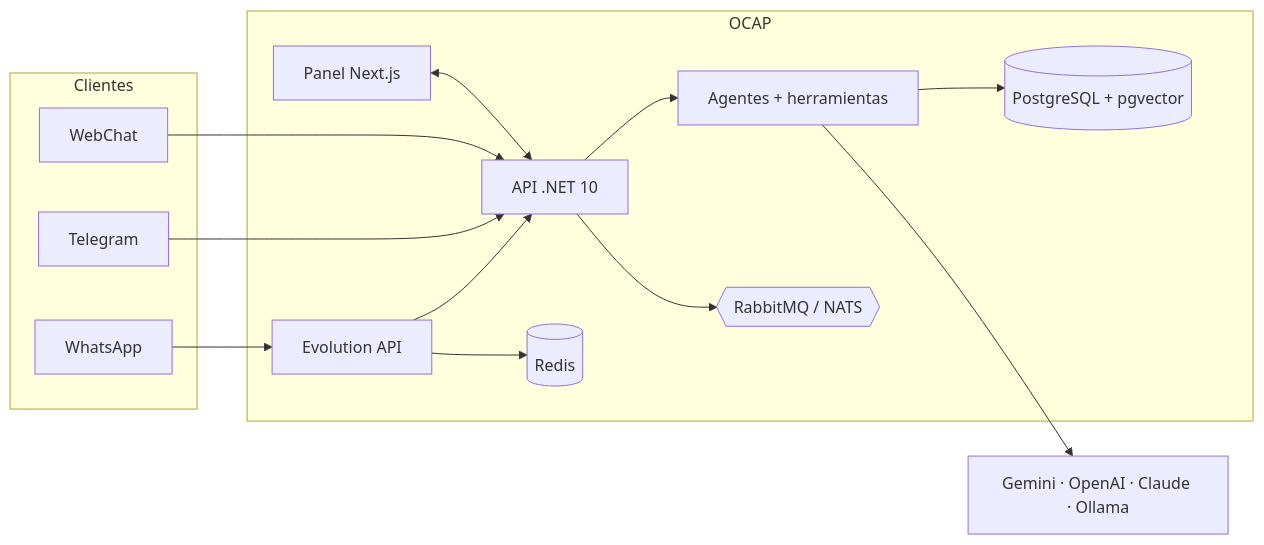
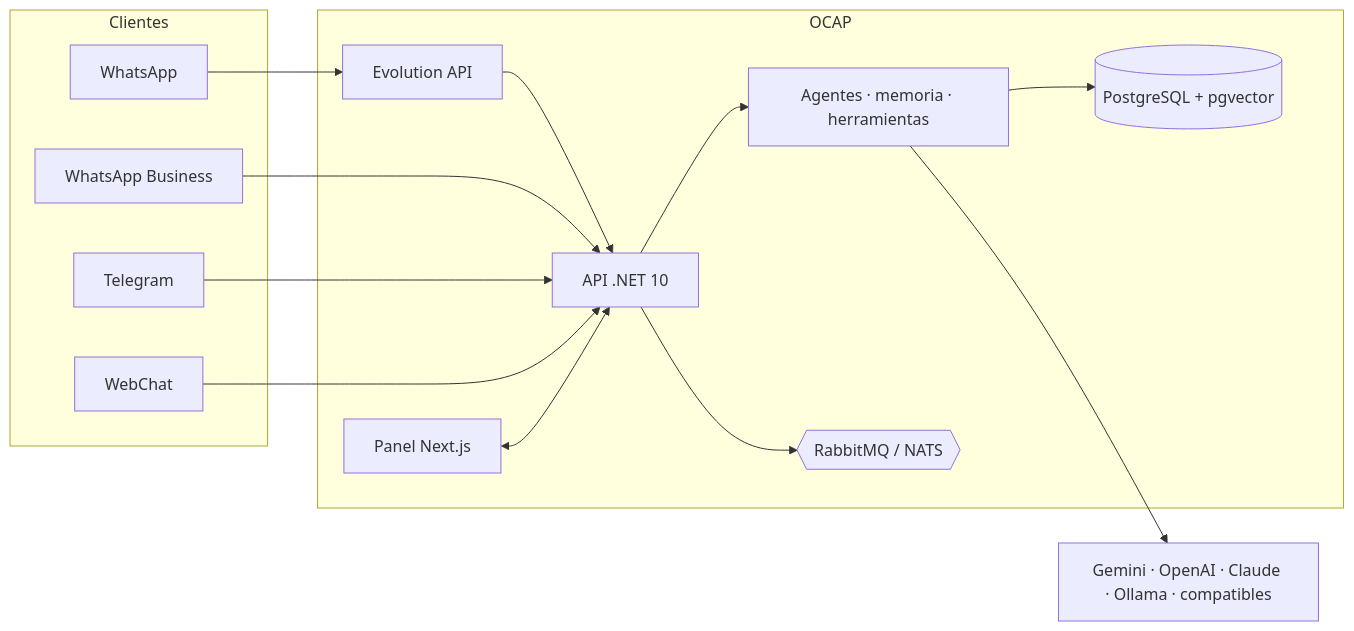
The diagram in README.md (Tomfmp2/OCAP-Open-Conversational-Automation-Platform), drawn with Mermaid before and after one commit. The commit also changed other lines of this file and 6 other files, not shown here.

````diff
--- a/README.md
+++ b/README.md
@@ -293,27 +259,27 @@
 ```mermaid
 flowchart LR
     subgraph Clientes
         WA[WhatsApp]
+        WB[WhatsApp Business]
         TG[Telegram]
         WC[WebChat]
     end
     subgraph OCAP
         EVO[Evolution API]
         API[API .NET 10]
         UI[Panel Next.js]
-        AG[Agentes + herramientas]
+        AG[Agentes · memoria · herramientas]
         KB[(PostgreSQL + pgvector)]
         BUS{{RabbitMQ / NATS}}
-        R[(Redis)]
     end
-    LLM[Gemini · OpenAI · Claude · Ollama]
+    LLM[Gemini · OpenAI · Claude · Ollama · compatibles]
 
     WA --> EVO --> API
+    WB --> API
     TG --> API
     WC --> API
     UI <--> API
     API --> AG --> LLM
     AG --> KB
     API --> BUS
-    EVO --> R
 ```
````
